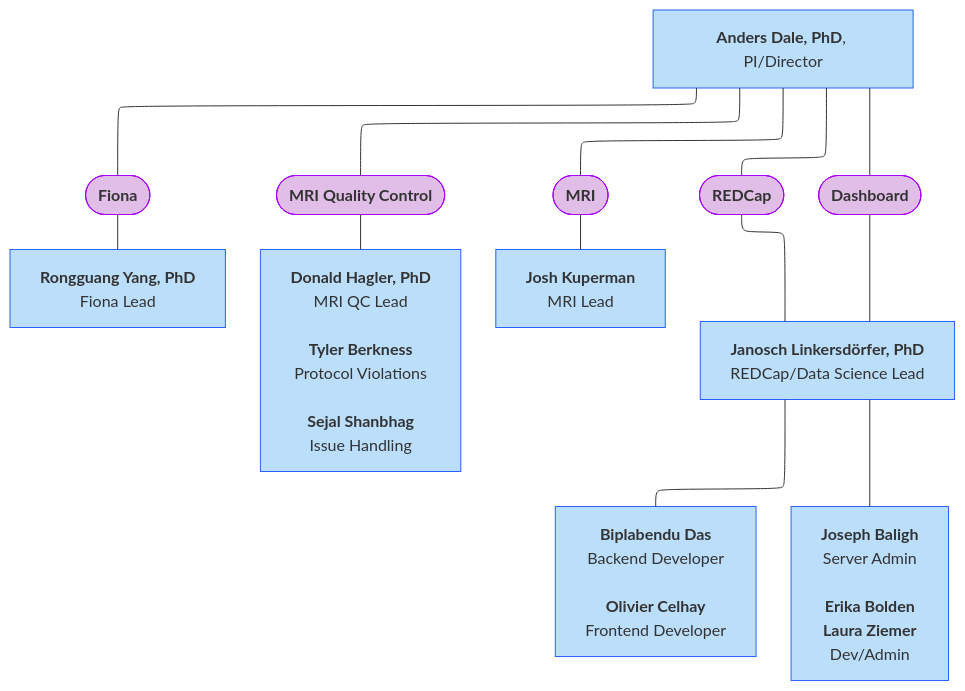
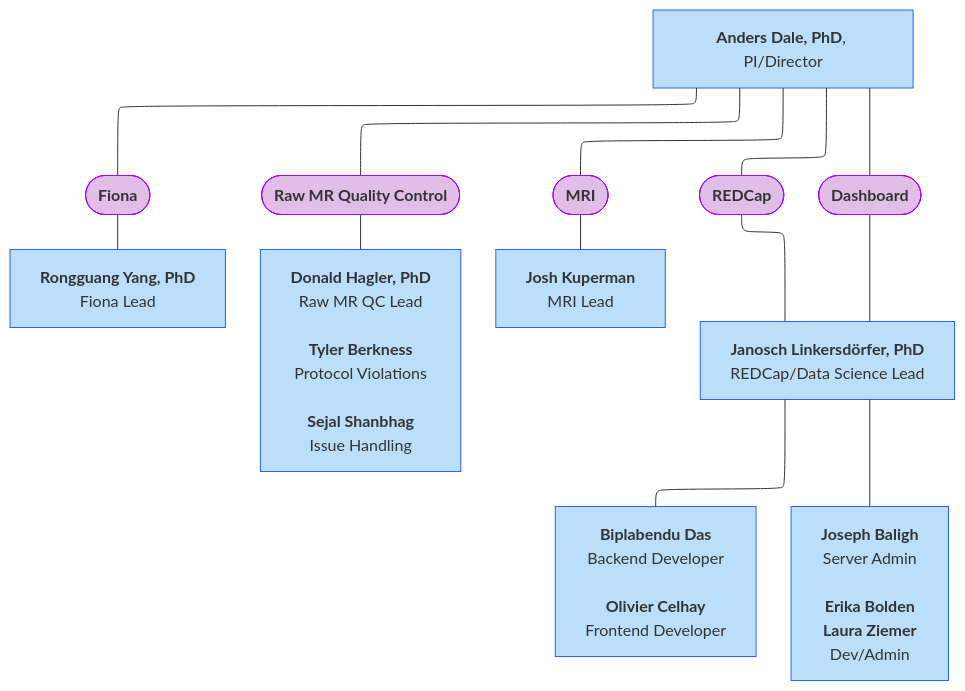
The ninth of 11 diagrams in docs/orgcharts.md (DCAN-Labs/hbcd-docs-internal), drawn with Mermaid before and after one commit. The commit also changed other lines of this file and 1 other file, not shown here.

````diff
--- a/docs/orgcharts.md
+++ b/docs/orgcharts.md
@@ -392,26 +433,26 @@
 ```mermaid
 ---
 config:
   layout: elk
 ---
 flowchart TB
-    A["<b>Anders Dale, PhD</b>, PI/Director"] --- n1(["<b>Fiona</b>"]) & n2(["<b>MRI Quality Control</b>"]) & n3(["<b>MRI</b>"]) & n6(["<b>REDCap</b>"]) & n15(["<b>Dashboard</b>"])
+    A["<b>Anders Dale, PhD</b>, PI/Director"] --- n1(["<b>Fiona</b>"]) & n2(["<b>Raw MR Quality Control</b>"]) & n3(["<b>MRI</b>"]) & n6(["<b>REDCap</b>"]) & n15(["<b>Dashboard</b>"])
     n1 --- n8["<b>Rongguang Yang, PhD</b><br>Fiona Lead"]
-    n2 --- n9["<b>Donald Hagler, PhD</b><br>MRI QC Lead<br><br><b>Tyler Berkness</b><br>Protocol Violations<br><br><b>Sejal Shanbhag</b><br>Issue Handling"]
+    n2 --- n9["<b>Donald Hagler, PhD</b><br>Raw MR QC Lead<br><br><b>Tyler Berkness</b><br>Protocol Violations<br><br><b>Sejal Shanbhag</b><br>Issue Handling"]
     n3 --- n10["<b>Josh Kuperman</b><br>MRI Lead"]
     n6 --- n4["<b>Janosch Linkersdörfer, PhD</b><br>REDCap/Data Science Lead"]
     n15 --- n4
     n4 --- n17["<b>Biplabendu Das</b><br>Backend Developer<br><br><b>Olivier Celhay</b><br>Frontend Developer"] & n18["<b>Joseph Baligh</b><br>Server Admin<br><br><b>Erika Bolden<br>Laura Ziemer</b><br>Dev/Admin"]
     style A fill:#BBDEFB,stroke:#2962FF
     style n1 fill:#E1BEE7,stroke:#AA00FF
     style n2 fill:#E1BEE7,stroke:#AA00FF
     style n3 fill:#E1BEE7,stroke:#AA00FF
     style n6 fill:#E1BEE7,stroke:#AA00FF
     style n15 fill:#E1BEE7,stroke:#AA00FF
     style n8 fill:#BBDEFB,stroke:#2962FF
     style n9 fill:#BBDEFB,stroke:#2962FF
     style n10 fill:#BBDEFB,stroke:#2962FF
     style n4 fill:#BBDEFB,stroke:#2962FF
     style n17 fill:#BBDEFB,stroke:#2962FF
     style n18 fill:#BBDEFB,stroke:#2962FF
 ```
````
